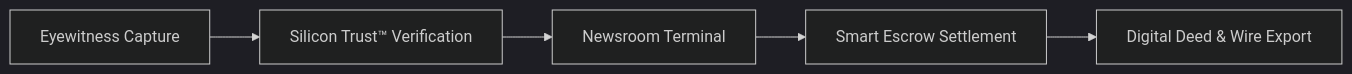
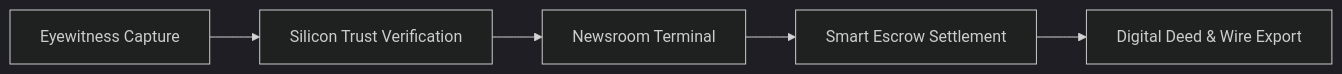
The diagram in introduction/overview.mdx (NewsCompass/docs), drawn with Mermaid (dark theme) before and after one commit. The commit also changed other lines of this file and 4 other files, not shown here.

````diff
--- a/introduction/overview.mdx
+++ b/introduction/overview.mdx
@@ -12,7 +15,7 @@
 ```mermaid
 graph LR
-    A[Eyewitness Capture] --> B[Silicon Trust™ Verification]
+    A[Eyewitness Capture] --> B[Silicon Trust Verification]
     B --> C[Newsroom Terminal]
     C --> D[Smart Escrow Settlement]
     D --> E[Digital Deed & Wire Export]
 ```
````
